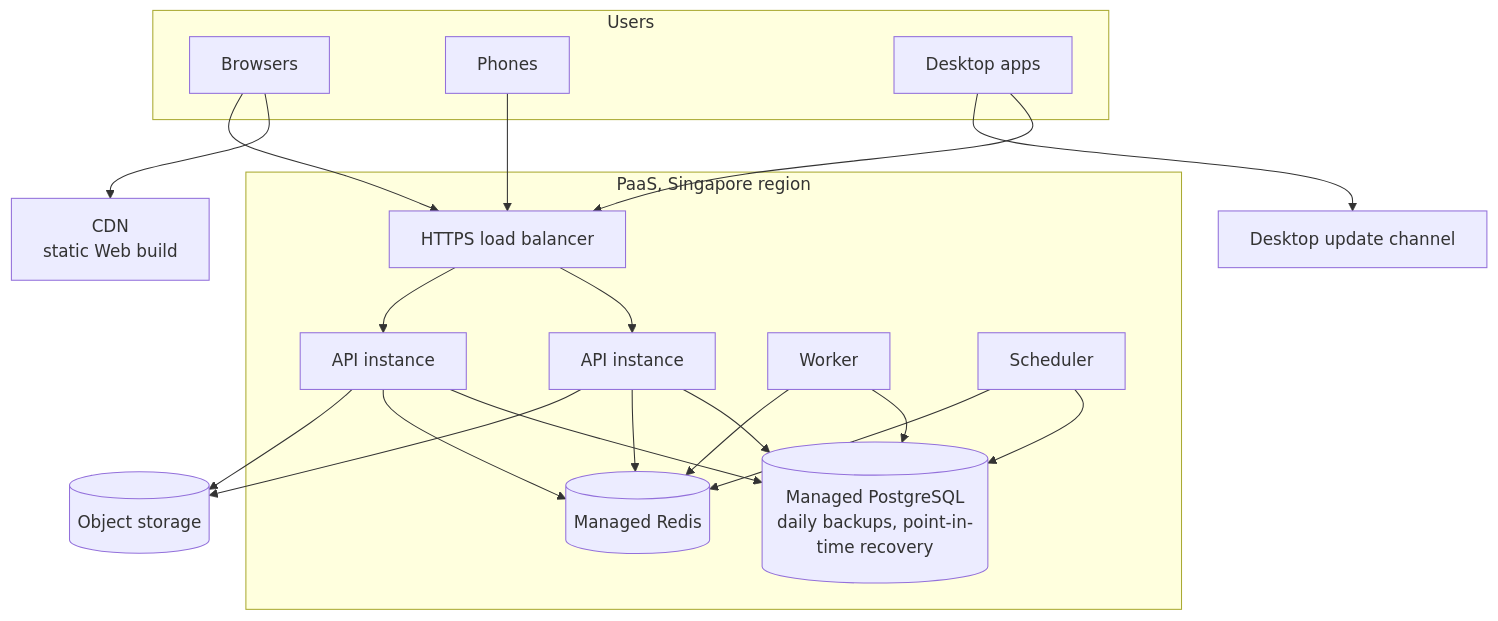
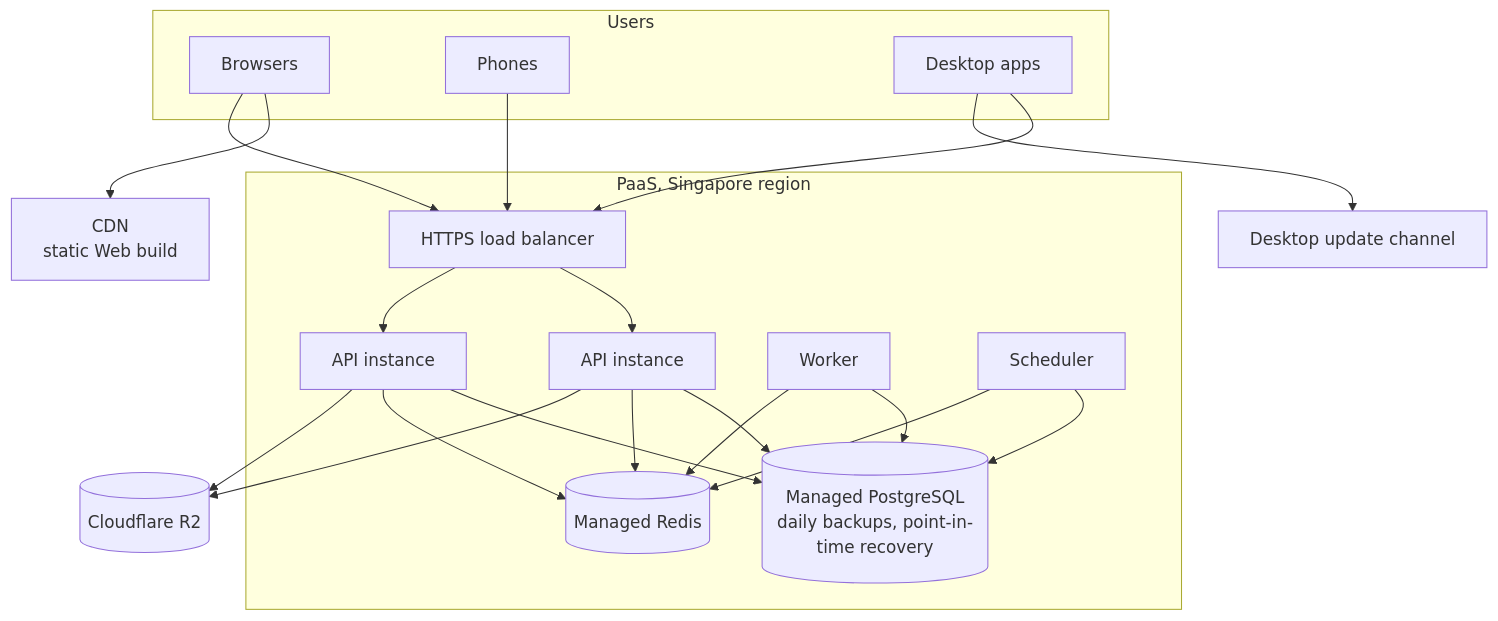
Before and after one commit to huynguyennang-agilityio/tripmate-docs: the sixth of 7 diagrams in docs/architecture.md, drawn with Mermaid. The commit also changed other lines of this file and 6 other files, not shown here.

First line of the commit message:
architecture.md v1.1; add data-model, api-design, security v1.0

````diff
--- a/docs/architecture.md
+++ b/docs/architecture.md
@@ -710,28 +511,28 @@
 ```mermaid
 flowchart TB
     subgraph Users
         B["Browsers"]
         P["Phones"]
         DK["Desktop apps"]
     end
     CDN["CDN<br/>static Web build"]
     subgraph PaaS["PaaS, Singapore region"]
         LB["HTTPS load balancer"]
         API1["API instance"]
         API2["API instance"]
         WK["Worker"]
         SC["Scheduler"]
         PG[("Managed PostgreSQL<br/>daily backups, point-in-time recovery")]
         RD[("Managed Redis")]
     end
-    OBJ[("Object storage")]
+    OBJ[("Cloudflare R2")]
     REL["Desktop update channel"]
 
     B --> CDN
     B & P & DK --> LB
     LB --> API1 & API2
     API1 & API2 & WK & SC --> PG
     API1 & API2 & WK & SC --> RD
     API1 & API2 --> OBJ
     DK --> REL
 ```
````
